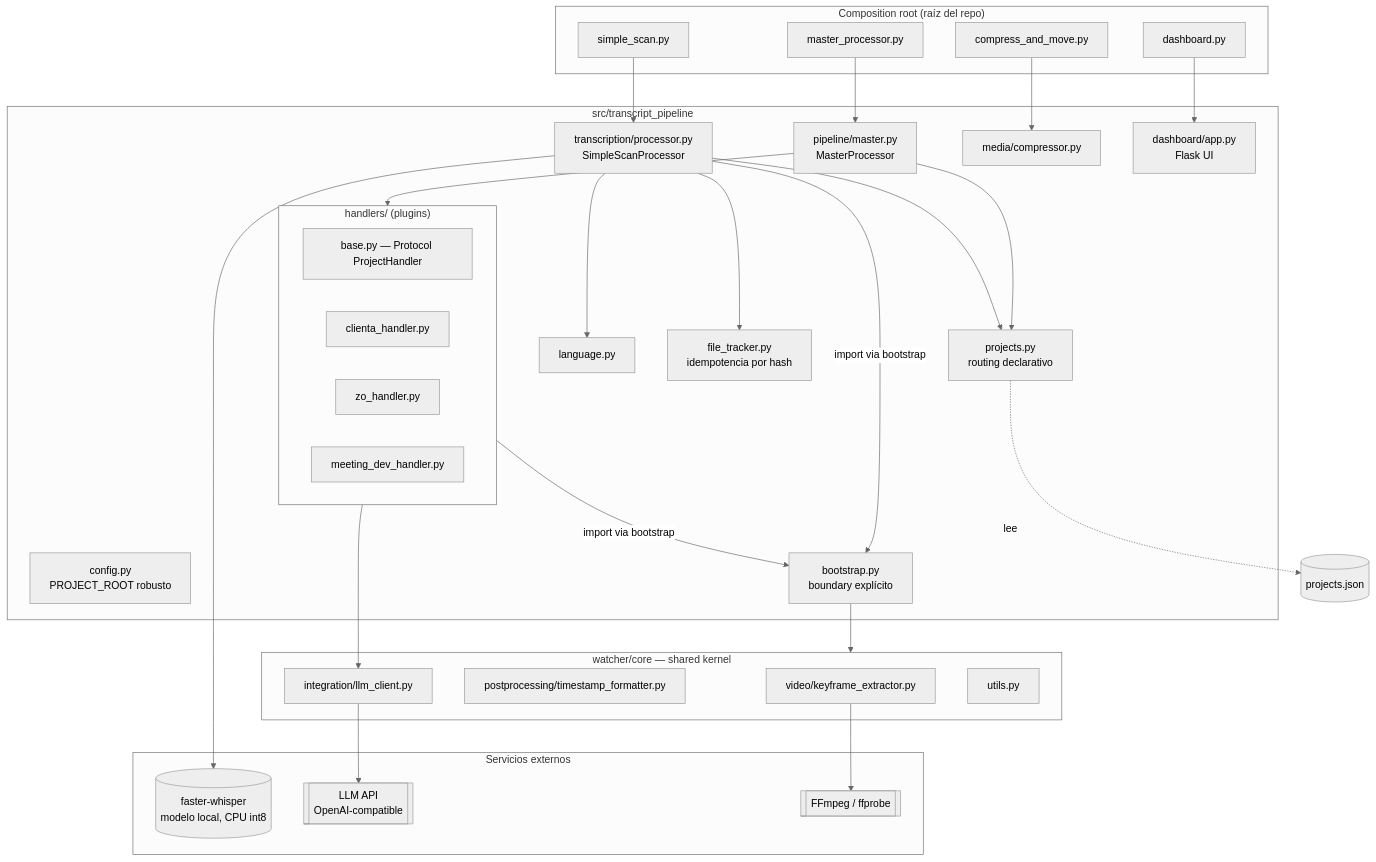
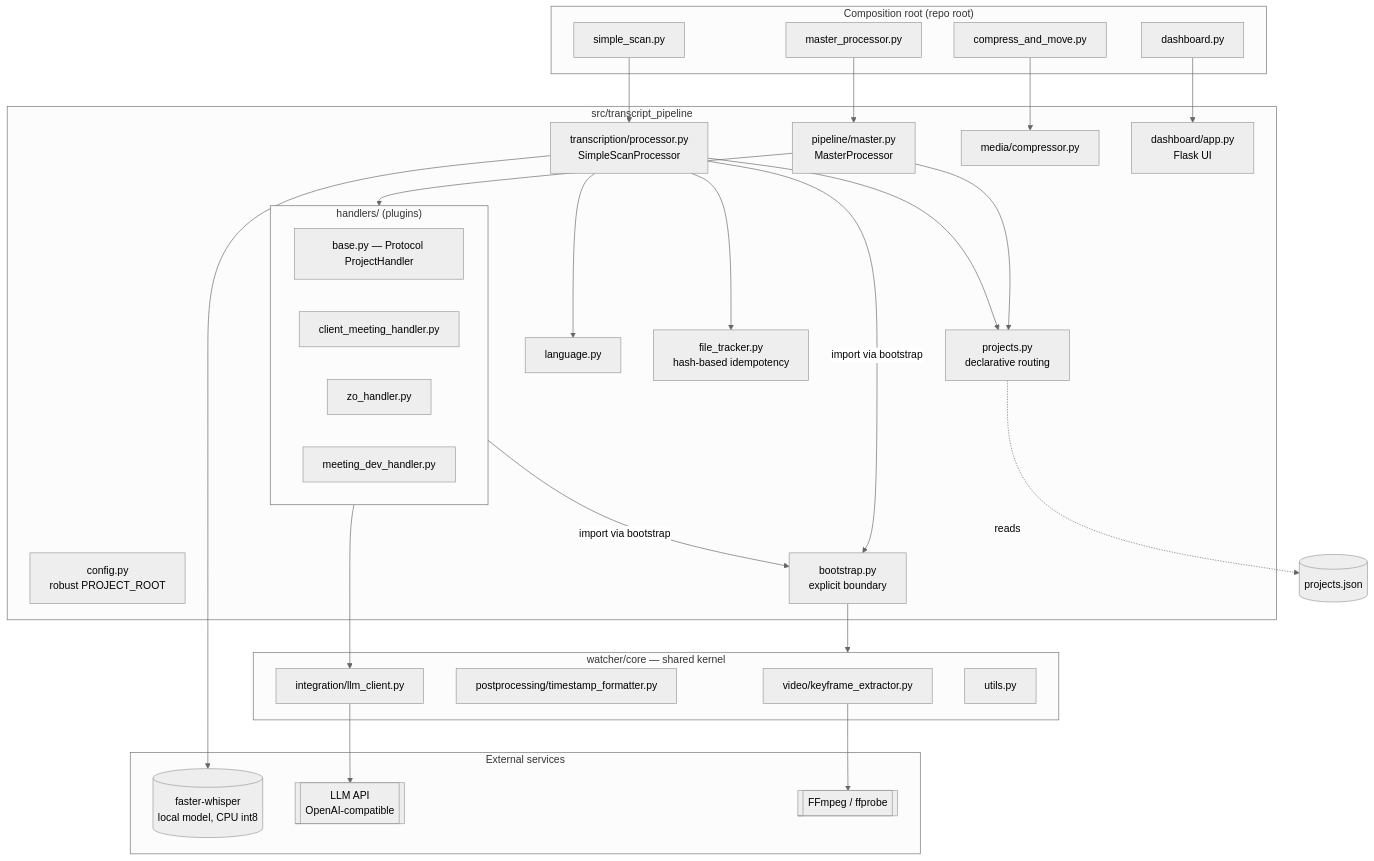
Before and after one commit to jagzao/zo_whisper2: the diagram in README.md, drawn with Mermaid (neutral theme). The commit also changed other lines of this file and 26 other files, not shown here.

````diff
--- a/README.md
+++ b/README.md
@@ -9,63 +9,63 @@
 ```mermaid
 flowchart TB
-    subgraph CR["Composition root (raíz del repo)"]
+    subgraph CR["Composition root (repo root)"]
         M1[master_processor.py]
         M2[simple_scan.py]
         M3[compress_and_move.py]
         M4[dashboard.py]
     end
 
     subgraph PKG["src/transcript_pipeline"]
-        CFG[config.py<br/>PROJECT_ROOT robusto]
-        BOOT[bootstrap.py<br/>boundary explícito]
-        PROJ[projects.py<br/>routing declarativo]
+        CFG[config.py<br/>robust PROJECT_ROOT]
+        BOOT[bootstrap.py<br/>explicit boundary]
+        PROJ[projects.py<br/>declarative routing]
         LANG[language.py]
-        FT[file_tracker.py<br/>idempotencia por hash]
+        FT[file_tracker.py<br/>hash-based idempotency]
         TR[transcription/processor.py<br/>SimpleScanProcessor]
         MA[pipeline/master.py<br/>MasterProcessor]
         MED[media/compressor.py]
         DASH[dashboard/app.py<br/>Flask UI]
         subgraph HAND["handlers/ (plugins)"]
             HB[base.py — Protocol ProjectHandler]
-            H1[clienta_handler.py]
+            H1[client_meeting_handler.py]
             H2[zo_handler.py]
             H3[meeting_dev_handler.py]
         end
     end
 
     subgraph SK["watcher/core — shared kernel"]
         KF[video/keyframe_extractor.py]
         TS[postprocessing/timestamp_formatter.py]
         LLM[integration/llm_client.py]
         UT[utils.py]
     end
 
-    subgraph EXT["Servicios externos"]
-        FW[(faster-whisper<br/>modelo local, CPU int8)]
+    subgraph EXT["External services"]
+        FW[(faster-whisper<br/>local model, CPU int8)]
         LLMAPI[[LLM API<br/>OpenAI-compatible]]
         FFMPEG[[FFmpeg / ffprobe]]
     end
 
     CFG_JSON[(projects.json)]
 
     M1 --> MA
     M2 --> TR
     M3 --> MED
     M4 --> DASH
 
     MA --> PROJ
     MA --> HAND
     TR --> FT
     TR --> LANG
     TR --> PROJ
-    PROJ -.lee.-> CFG_JSON
+    PROJ -.reads.-> CFG_JSON
 
     TR -->|import via bootstrap| BOOT
     HAND -->|import via bootstrap| BOOT
     BOOT --> SK
 
     TR --> FW
     KF --> FFMPEG
     LLM --> LLMAPI
     HAND --> LLM
 ```
````
